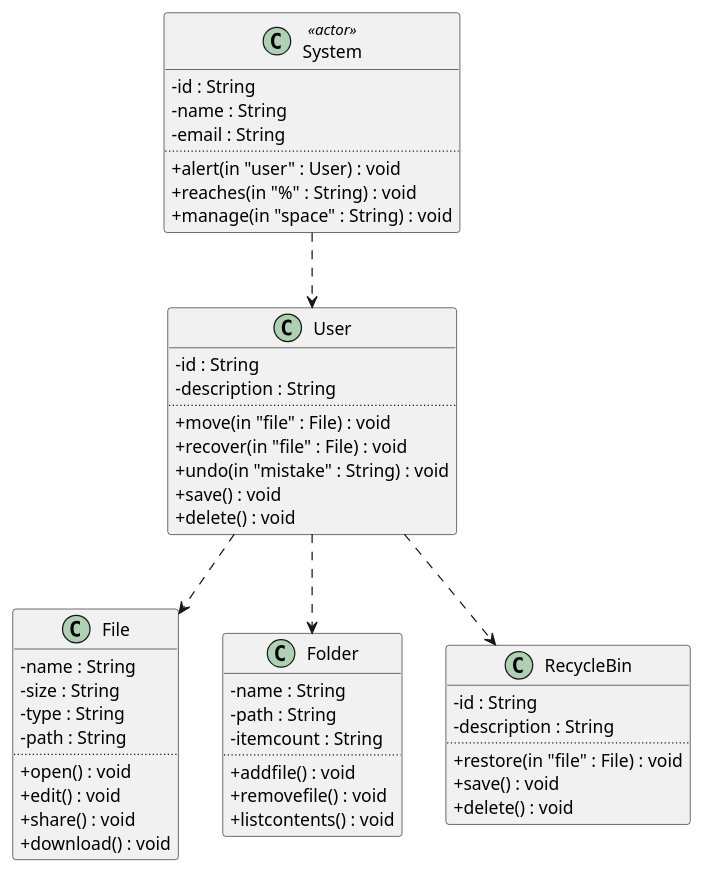
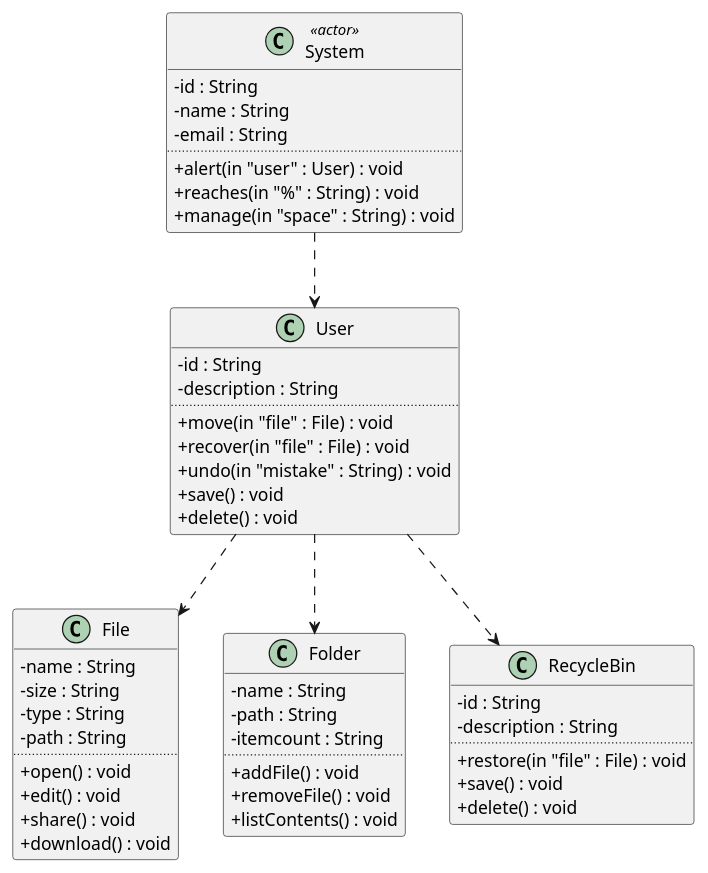
Before and after one commit to qamaruddin-qureshi/fyp-uml-diagram-generator: the diagram in user_stories/golden_puml/class_test_Cloud_Storage_Management.puml, drawn with PlantUML. The commit also changed 6 other files, not shown here.

```diff
--- a/user_stories/golden_puml/class_test_Cloud_Storage_Management.puml
+++ b/user_stories/golden_puml/class_test_Cloud_Storage_Management.puml
@@ -1,54 +1,54 @@
 @startuml
 skinparam classAttributeIconSize 0
 class "System" as System <<actor>> {
   -id : String
   -name : String
   -email : String
   ..
   +alert(in "user" : User) : void
   +reaches(in "%" : String) : void
   +manage(in "space" : String) : void
 }
 class "User" as User  {
   -id : String
   -description : String
   ..
   +move(in "file" : File) : void
   +recover(in "file" : File) : void
   +undo(in "mistake" : String) : void
   +save() : void
   +delete() : void
 }
 class "File" as File  {
   -name : String
   -size : String
   -type : String
   -path : String
   ..
   +open() : void
   +edit() : void
   +share() : void
   +download() : void
 }
 class "Folder" as Folder  {
   -name : String
   -path : String
   -itemcount : String
   ..
-  +addfile() : void
-  +removefile() : void
-  +listcontents() : void
+  +addFile() : void
+  +removeFile() : void
+  +listContents() : void
 }
 class "RecycleBin" as RecycleBin  {
   -id : String
   -description : String
   ..
   +restore(in "file" : File) : void
   +save() : void
   +delete() : void
 }
 System ..> User
 User ..> File
 User ..> Folder
 User ..> RecycleBin
 @enduml
```
